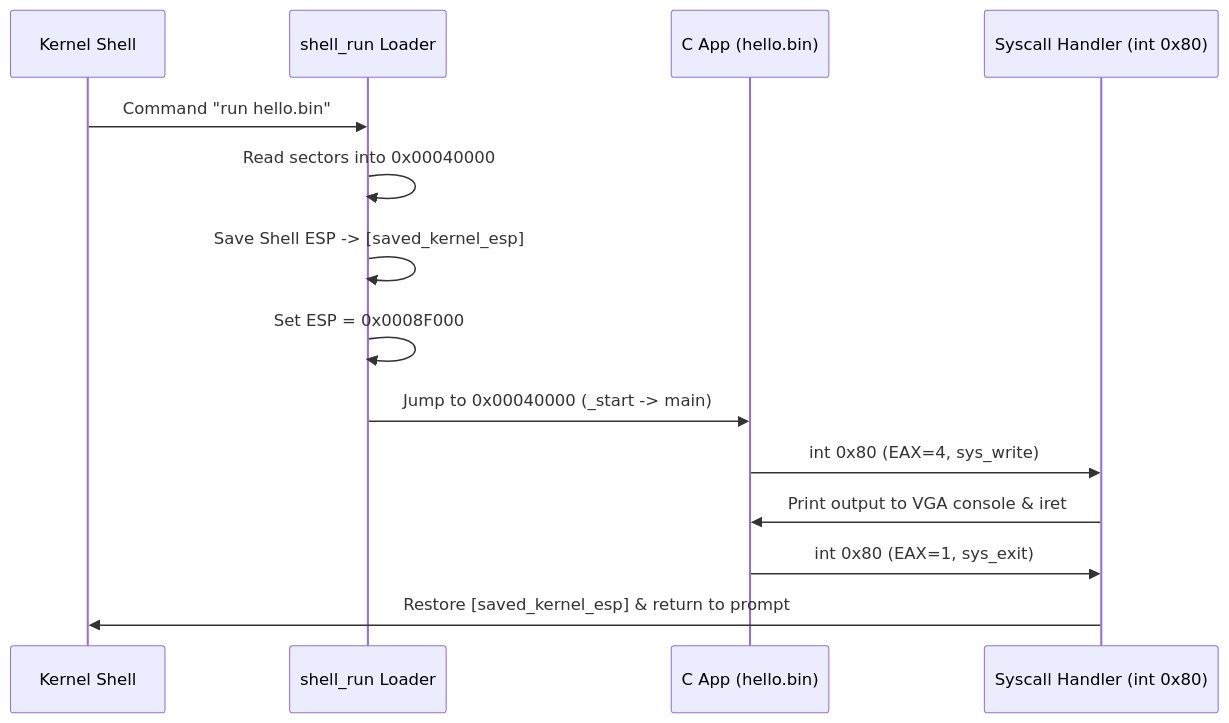
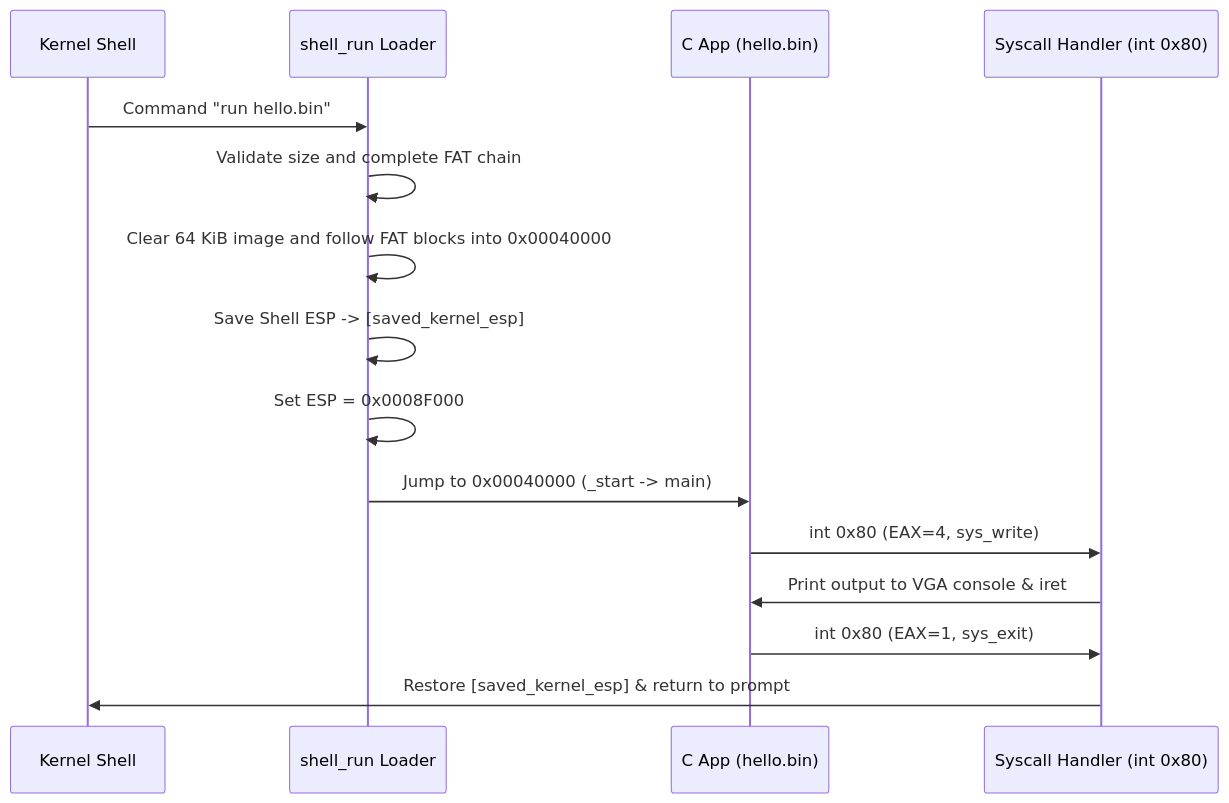
One commit to charlestsaur/MINI-OS changed the diagram in docs/C90_Development_Guide.md. Above: the diagram before and after it, drawn with Mermaid. The commit also changed other lines of this file and 12 other files, not shown here.

````diff
--- a/docs/C90_Development_Guide.md
+++ b/docs/C90_Development_Guide.md
@@ -184,17 +196,18 @@
 ```mermaid
 sequenceDiagram
     participant Shell as Kernel Shell
     participant Loader as shell_run Loader
     participant App as C App (hello.bin)
     participant IDT as Syscall Handler (int 0x80)
 
     Shell->>Loader: Command "run hello.bin"
-    Loader->>Loader: Read sectors into 0x00040000
+    Loader->>Loader: Validate size and complete FAT chain
+    Loader->>Loader: Clear 64 KiB image and follow FAT blocks into 0x00040000
     Loader->>Loader: Save Shell ESP -> [saved_kernel_esp]
     Loader->>Loader: Set ESP = 0x0008F000
     Loader->>App: Jump to 0x00040000 (_start -> main)
     App->>IDT: int 0x80 (EAX=4, sys_write)
     IDT->>App: Print output to VGA console & iret
     App->>IDT: int 0x80 (EAX=1, sys_exit)
     IDT->>Shell: Restore [saved_kernel_esp] & return to prompt
 ```
````
